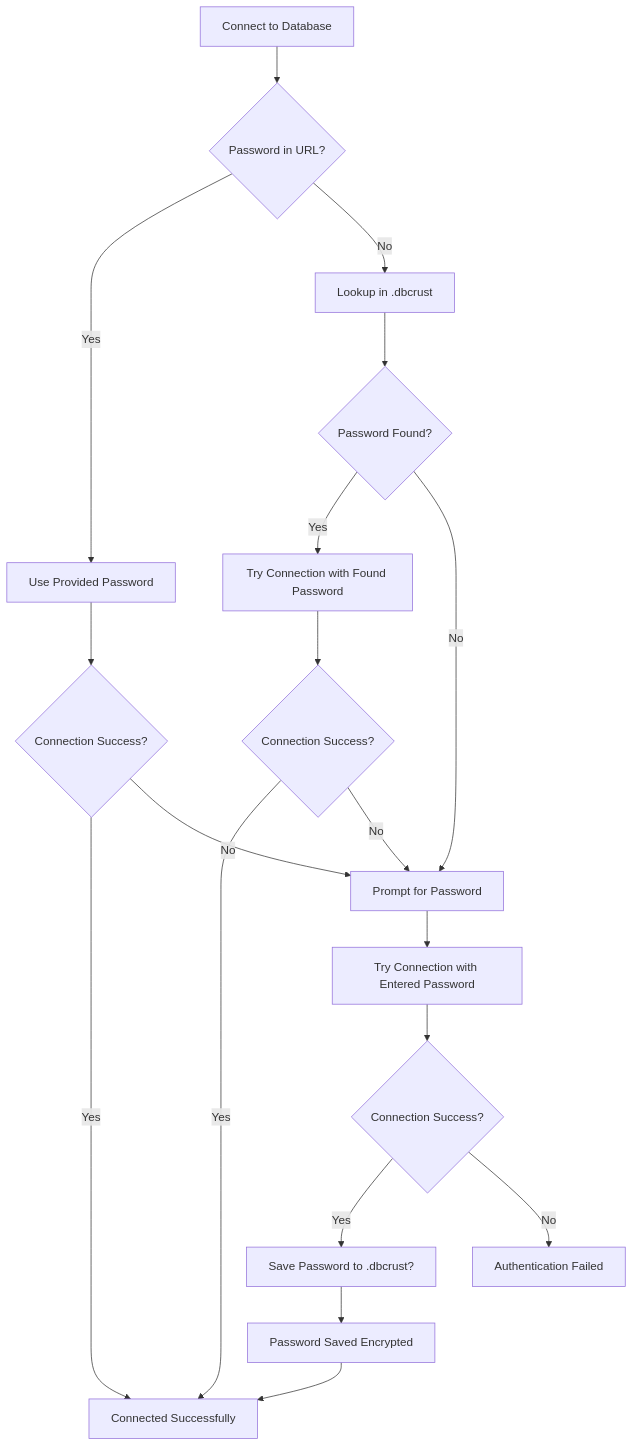
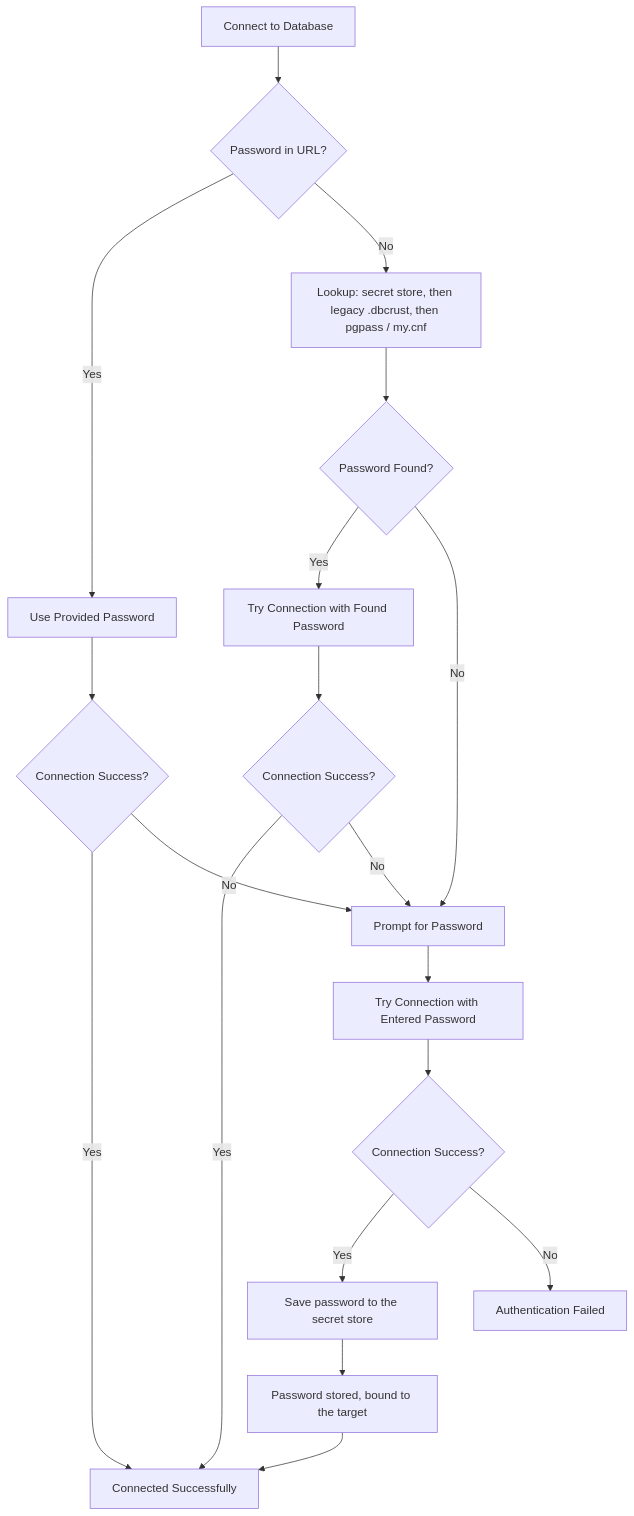
The diagram in docs/src/content/docs/user-guide/password-management.md (clement-tourriere/dbcrust), drawn with Mermaid before and after one commit. The commit also changed other lines of this file and 97 other files, not shown here.

````diff
--- a/docs/src/content/docs/user-guide/password-management.md
+++ b/docs/src/content/docs/user-guide/password-management.md
@@ -79,21 +80,21 @@
 ```mermaid
 graph TD
     A[Connect to Database] --> B{Password in URL?}
     B -->|Yes| C[Use Provided Password]
-    B -->|No| D[Lookup in .dbcrust]
+    B -->|No| D[Lookup: secret store, then legacy .dbcrust, then pgpass / my.cnf]
     D --> E{Password Found?}
     E -->|Yes| F[Try Connection with Found Password]
     E -->|No| G[Prompt for Password]
     F --> H{Connection Success?}
     H -->|Yes| I[Connected Successfully]
     H -->|No| G
     C --> J{Connection Success?}
     J -->|Yes| I
     J -->|No| G
     G --> K[Try Connection with Entered Password]
     K --> L{Connection Success?}
-    L -->|Yes| M[Save Password to .dbcrust?]
+    L -->|Yes| M[Save password to the secret store]
     L -->|No| N[Authentication Failed]
-    M --> O[Password Saved Encrypted]
+    M --> O[Password stored, bound to the target]
     O --> I
 ```
````
